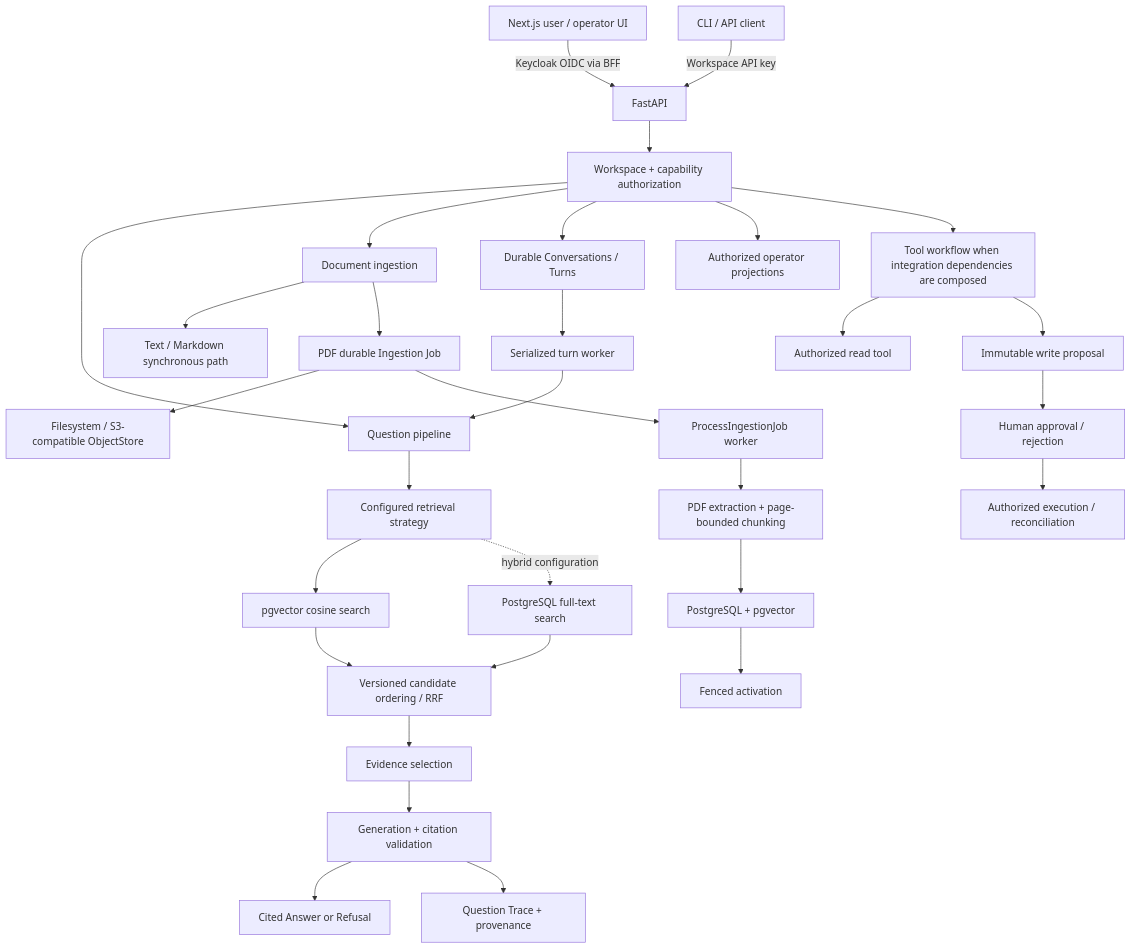
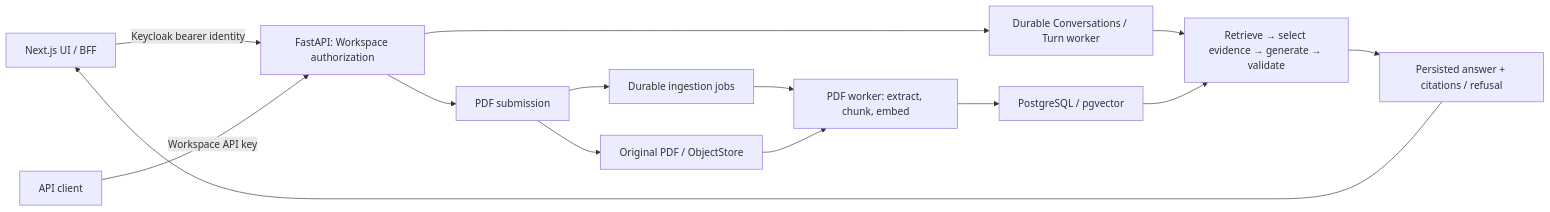
Before and after one commit to NhiBuaa/knora-agent: the diagram in README.md, drawn with Mermaid. The commit also changed other lines of this file and 4 other files, not shown here.

````diff
--- a/README.md
+++ b/README.md
@@ -108,43 +60,16 @@
 ```mermaid
-flowchart TB
-    Browser["Next.js user / operator UI"]
-    Client["CLI / API client"]
-    API["FastAPI"]
-
-    Browser -->|"Keycloak OIDC via BFF"| API
-    Client -->|"Workspace API key"| API
-
-    API --> Auth["Workspace + capability authorization"]
-
-    Auth --> Question["Question pipeline"]
-    Question --> Retrieval["Configured retrieval strategy"]
-    Retrieval --> Vector["pgvector cosine search"]
-    Retrieval -. "hybrid configuration" .-> FTS["PostgreSQL full-text search"]
-    Vector --> Ordering["Versioned candidate ordering / RRF"]
-    FTS --> Ordering
-    Ordering --> Evidence["Evidence selection"]
-    Evidence --> Generation["Generation + citation validation"]
-    Generation --> Answer["Cited Answer or Refusal"]
-    Generation --> Trace["Question Trace + provenance"]
-
-    Auth --> Ingestion["Document ingestion"]
-    Ingestion --> Text["Text / Markdown synchronous path"]
-    Ingestion --> Job["PDF durable Ingestion Job"]
-    Job --> Objects["Filesystem / S3-compatible ObjectStore"]
-    Job --> Worker["ProcessIngestionJob worker"]
-    Worker --> Extract["PDF extraction + page-bounded chunking"]
-    Extract --> Store["PostgreSQL + pgvector"]
-    Store --> Activation["Fenced activation"]
-
-    Auth --> Conversation["Durable Conversations / Turns"]
-    Conversation --> ConversationWorker["Serialized turn worker"]
-    ConversationWorker --> Question
-
-    Auth --> Operator["Authorized operator projections"]
-
-    Auth --> Tools["Tool workflow when integration dependencies are composed"]
-    Tools --> Read["Authorized read tool"]
-    Tools --> Proposal["Immutable write proposal"]
-    Proposal --> Approval["Human approval / rejection"]
-    Approval --> Execution["Authorized execution / reconciliation"]
+flowchart LR
+    Browser["Next.js UI / BFF"] -->|"Keycloak bearer identity"| API["FastAPI: Workspace authorization"]
+    Client["API client"] -->|"Workspace API key"| API
+    API --> Upload["PDF submission"]
+    Upload --> Objects["Original PDF / ObjectStore"]
+    Upload --> Jobs["Durable ingestion jobs"]
+    Jobs --> Worker["PDF worker: extract, chunk, embed"]
+    Objects --> Worker
+    Worker --> DB["PostgreSQL / pgvector"]
+    API --> Turns["Durable Conversations / Turn worker"]
+    Turns --> Answer["Retrieve → select evidence → generate → validate"]
+    DB --> Answer
+    Answer --> Result["Persisted answer + citations / refusal"]
+    Result --> Browser
 ```
````
